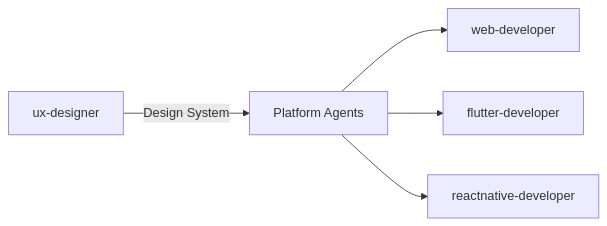
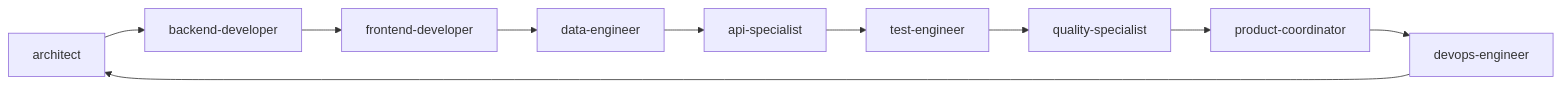
The second of 3 diagrams in README.md (mudspot/prometheus-agents), drawn with Mermaid before and after one commit. The commit also changed other lines of this file and 44 other files, not shown here.

````diff
--- a/README.md
+++ b/README.md
@@ -174,7 +219,12 @@
-```mermaid
+```mermaid  
 graph LR
-    A[ux-designer] -->|Design System| B[Platform Agents]
-    B --> C[web-developer]
-    B --> D[flutter-developer]
-    B --> E[reactnative-developer]
+    A[architect] --> B[backend-developer]
+    B --> C[frontend-developer]  
+    C --> D[data-engineer]
+    D --> E[api-specialist]
+    E --> F[test-engineer]
+    F --> G[quality-specialist]
+    G --> H[product-coordinator]
+    H --> I[devops-engineer]
+    I --> A
 ```
````
